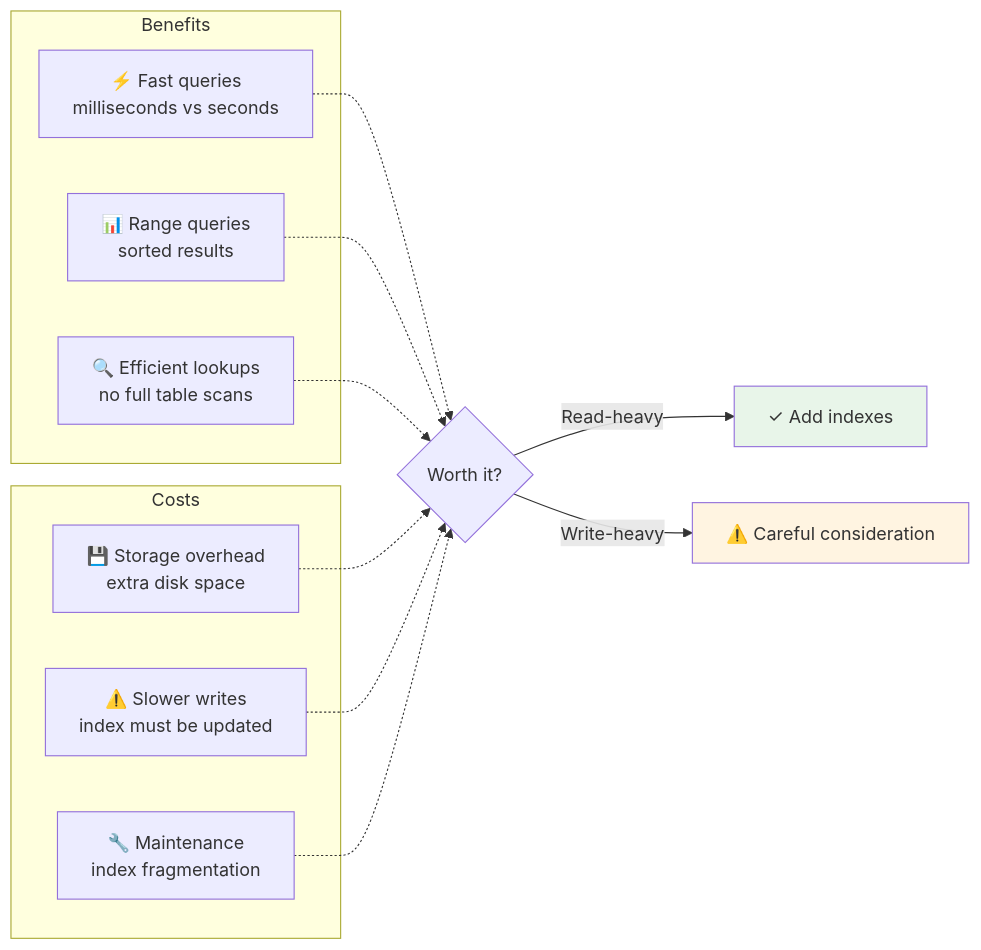
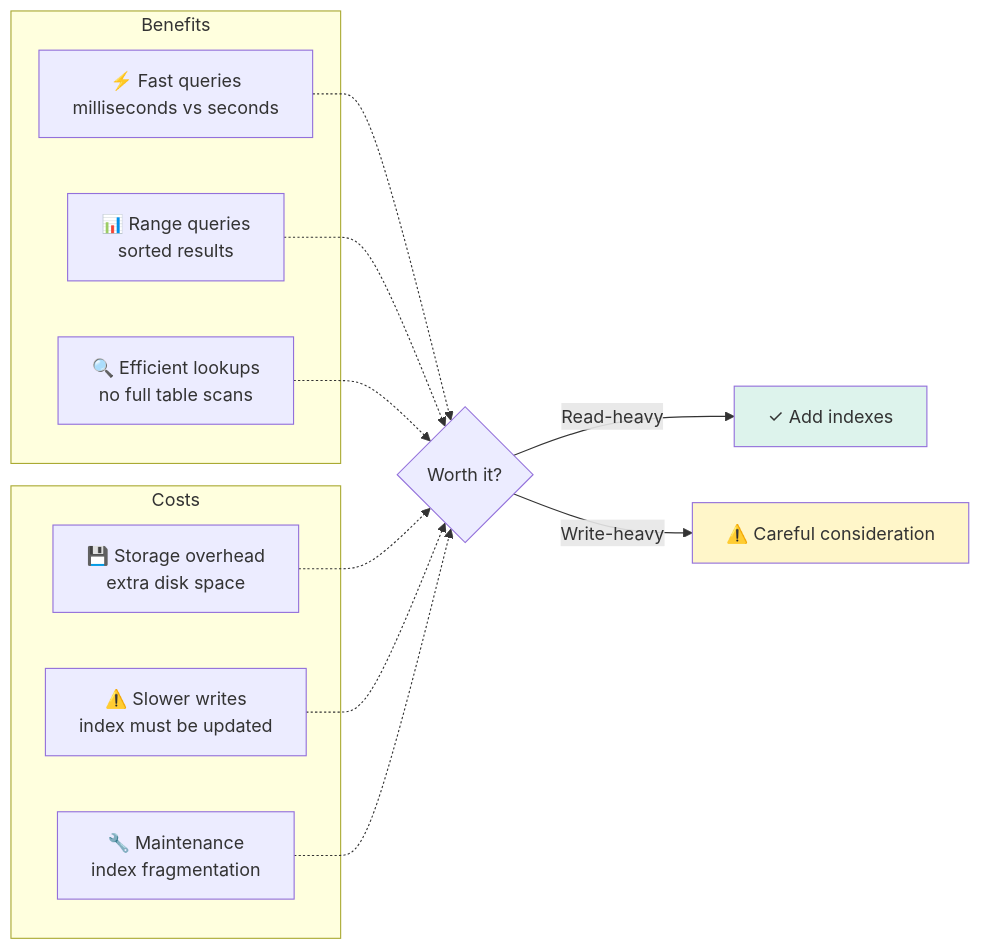
One commit to cartmancodes/InterviewVault changed the tenth of 34 diagrams in LLD/CoreConcepts/CoreConcepts.md. Above: the diagram before and after it, drawn with Mermaid. The commit also changed other lines of this file and 679 other files, not shown here.

Commit message:
Unify content diagrams and add accessible visual walkthroughs

````diff
--- a/LLD/CoreConcepts/CoreConcepts.md
+++ b/LLD/CoreConcepts/CoreConcepts.md
@@ -387,23 +387,23 @@
 ```mermaid
 graph LR
     subgraph "Benefits"
         B1[⚡ Fast queries<br/>milliseconds vs seconds]
         B2[📊 Range queries<br/>sorted results]
         B3[🔍 Efficient lookups<br/>no full table scans]
     end
     
     subgraph "Costs"
         C1[💾 Storage overhead<br/>extra disk space]
         C2[⚠️ Slower writes<br/>index must be updated]
         C3[🔧 Maintenance<br/>index fragmentation]
     end
     
     B1 & B2 & B3 -.-> Decision{Worth it?}
     C1 & C2 & C3 -.-> Decision
     
     Decision -->|Read-heavy| YES[✓ Add indexes]
     Decision -->|Write-heavy| MAYBE[⚠️ Careful consideration]
     
-    style YES fill:#e8f5e9
-    style MAYBE fill:#fff4e1
+    style YES fill:#DDF3EC
+    style MAYBE fill:#FFF6C9
 ```
````
